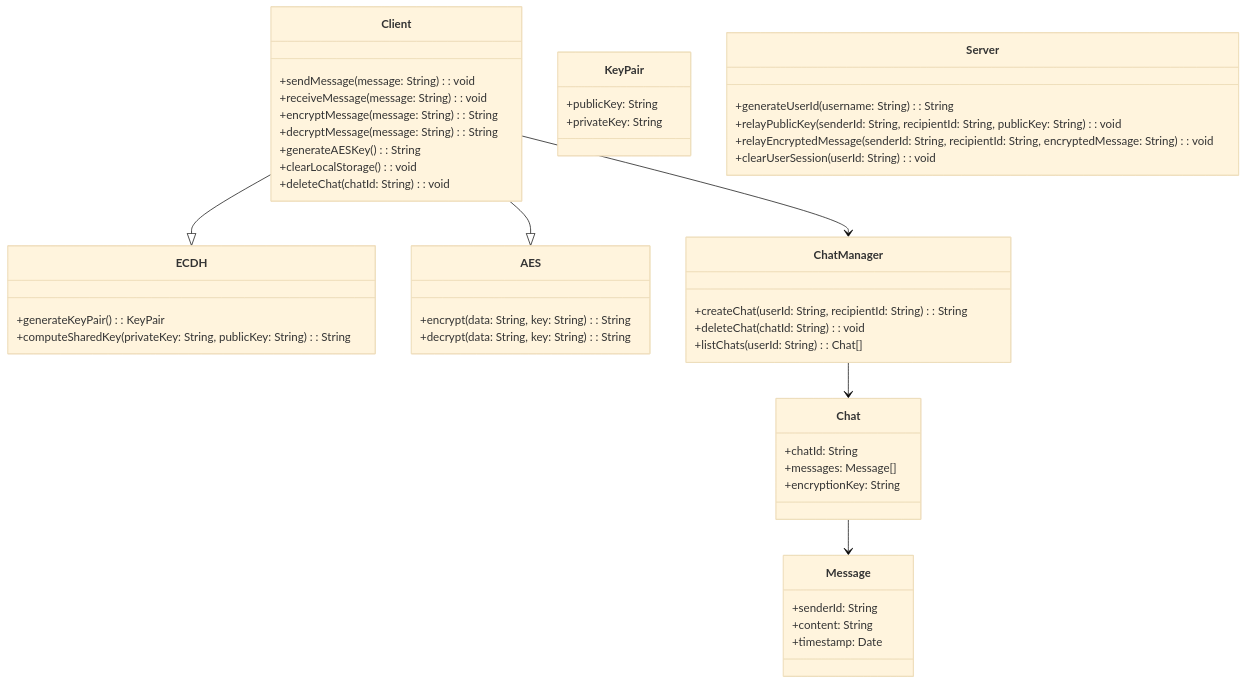
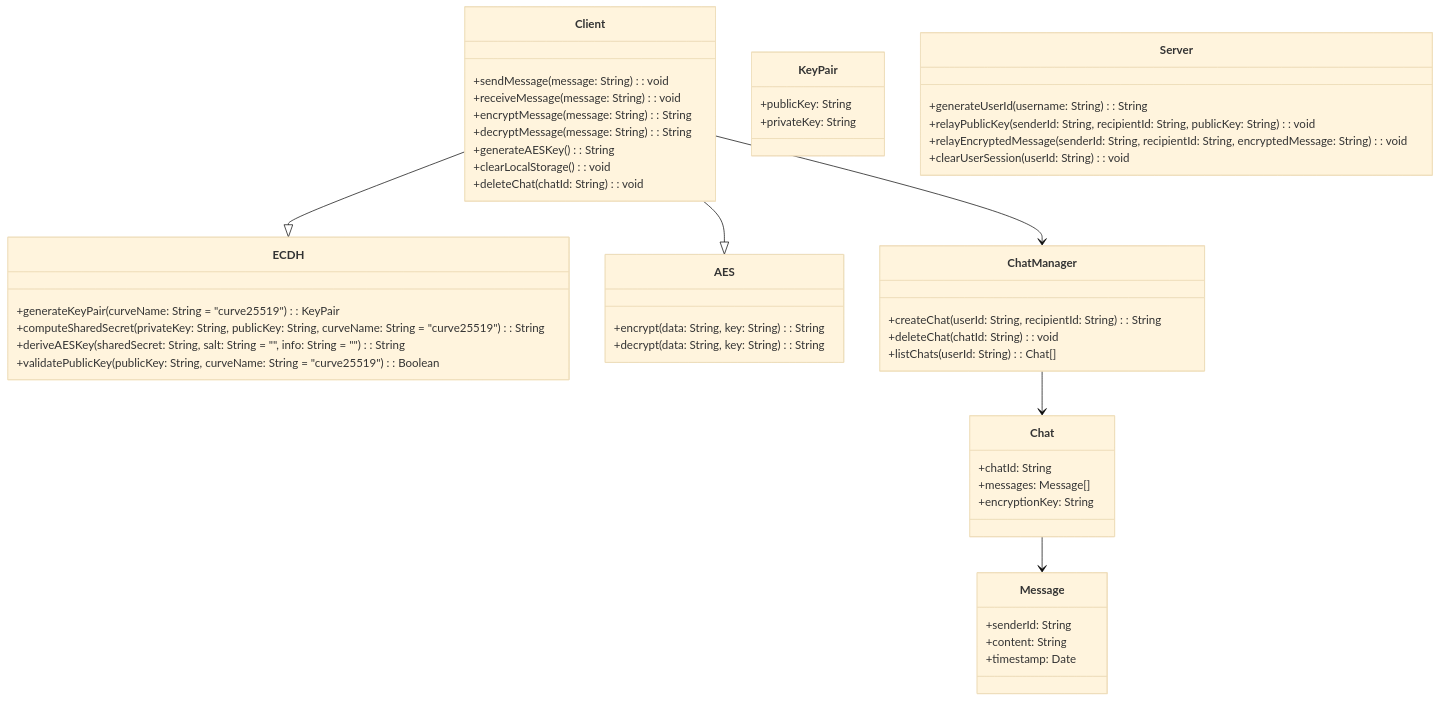
The fourth of 4 diagrams in Technical Design System.md (GuillaumeDorschner/RTU-CryptoChatApp), drawn with Mermaid (base theme) before and after one commit. The commit also changed other lines of this file and 1 other file, not shown here.

````diff
--- a/Technical Design System.md
+++ b/Technical Design System.md
@@ -99,59 +105,62 @@
 ```mermaid
 classDiagram
 
 
     class Client {
         +sendMessage(message: String): void
         +receiveMessage(message: String): void
         +encryptMessage(message: String): String
         +decryptMessage(message: String): String
         +generateAESKey(): String
         +clearLocalStorage(): void
         +deleteChat(chatId: String): void
     }
+
     class ECDH {
-        +generateKeyPair(): KeyPair
-        +computeSharedKey(privateKey: String, publicKey: String): String
+        +generateKeyPair(curveName: String = "curve25519"): KeyPair
+        +computeSharedSecret(privateKey: String, publicKey: String, curveName: String = "curve25519"): String
+        +deriveAESKey(sharedSecret: String, salt: String = "", info: String = ""): String
+        +validatePublicKey(publicKey: String, curveName: String = "curve25519"): Boolean
     }
 
     class KeyPair {
         +publicKey: String
         +privateKey: String
     }
 
     class Server {
         +generateUserId(username: String): String
         +relayPublicKey(senderId: String, recipientId: String, publicKey: String): void
         +relayEncryptedMessage(senderId: String, recipientId: String, encryptedMessage: String): void
         +clearUserSession(userId: String): void
     }
 
     class AES {
         +encrypt(data: String, key: String): String
         +decrypt(data: String, key: String): String
     }
 
     class ChatManager {
         +createChat(userId: String, recipientId: String): String
         +deleteChat(chatId: String): void
         +listChats(userId: String): Chat[]
     }
 
     class Chat {
         +chatId: String
         +messages: Message[]
         +encryptionKey: String
     }
 
     class Message {
         +senderId: String
         +content: String
         +timestamp: Date
     }
 
     Client --|> ECDH
     Client --|> AES
     Client --> ChatManager
     ChatManager --> Chat
     Chat --> Message
 ```
````
